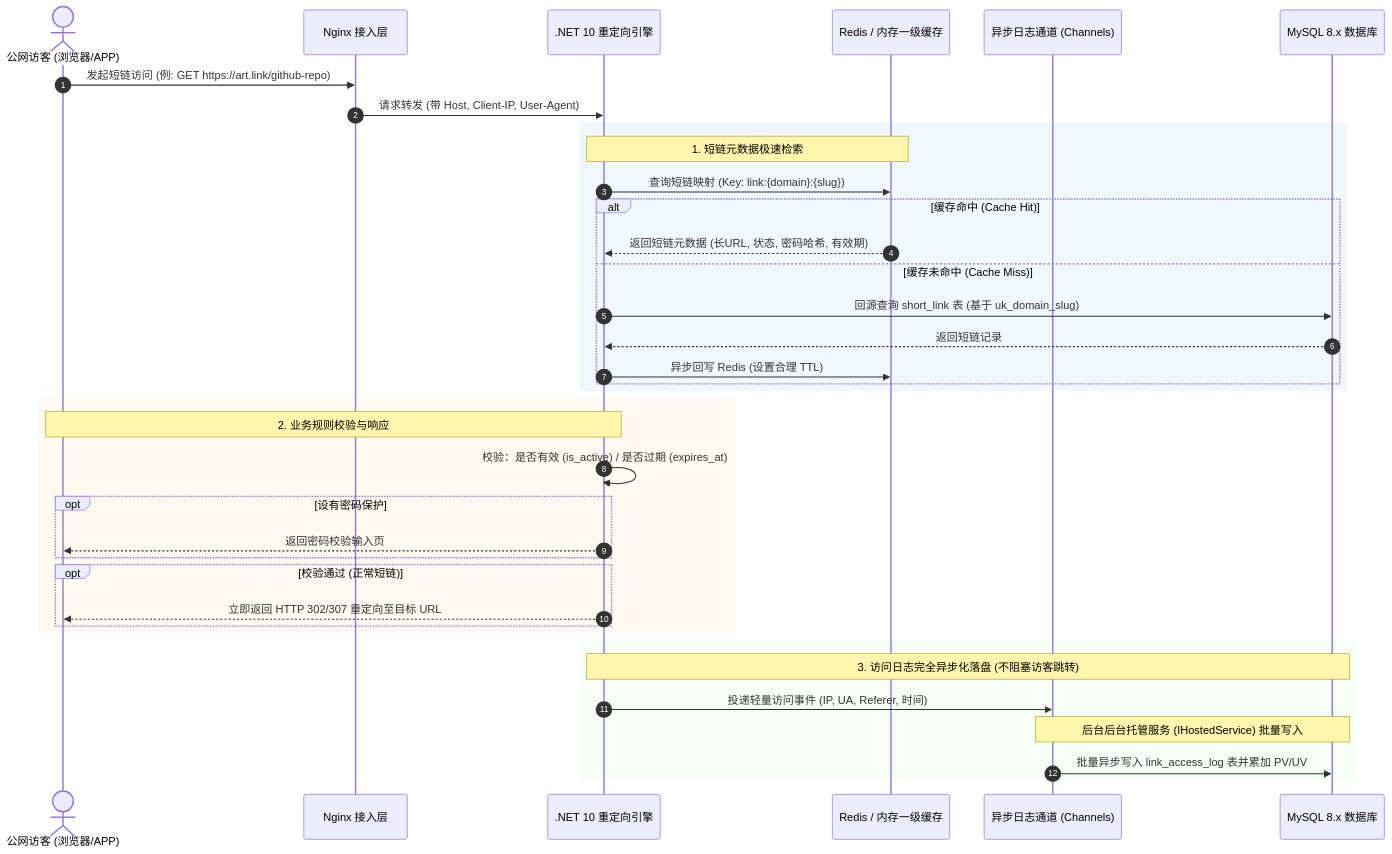
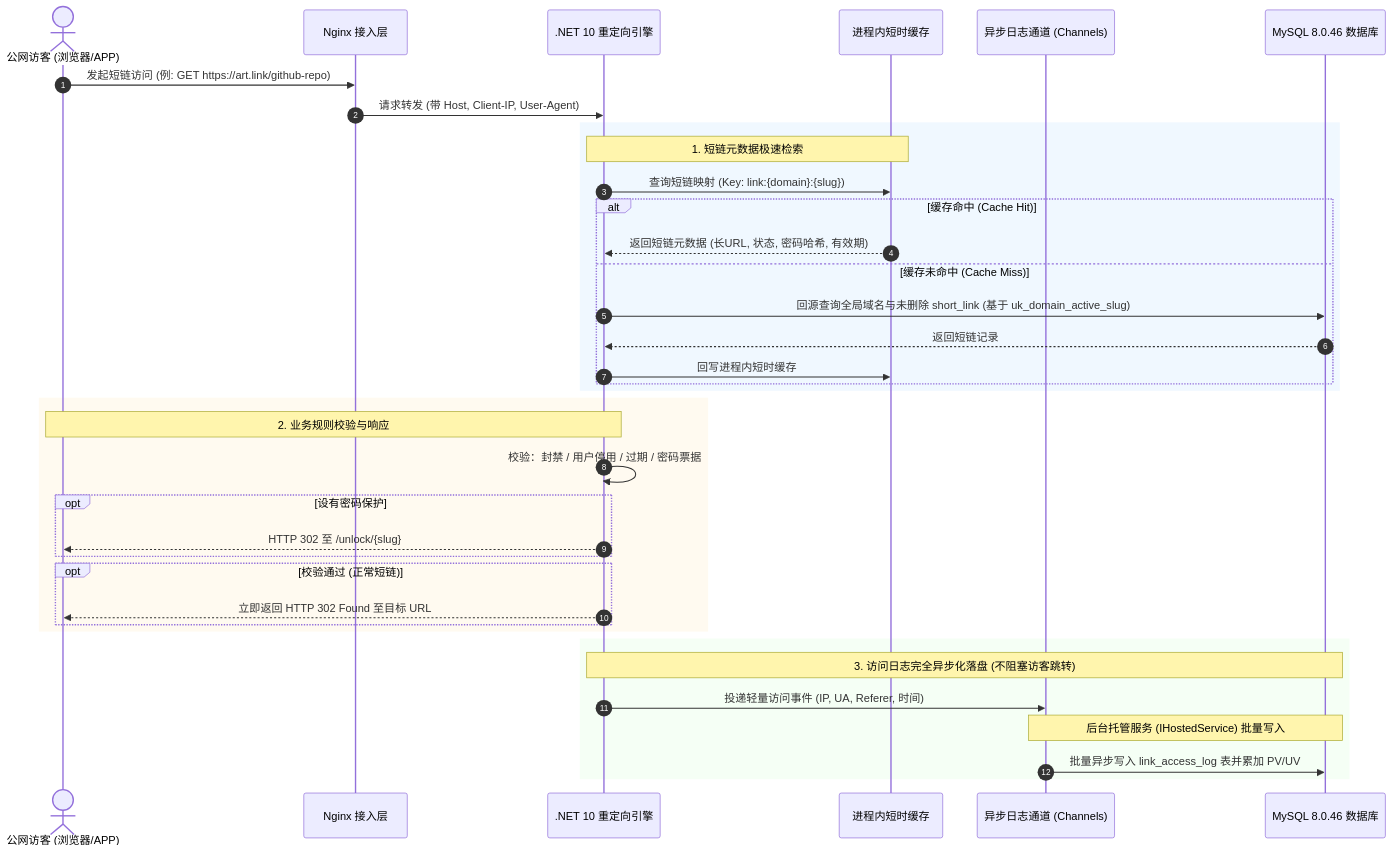
One commit to ArturiaGit/Arturia.ShortLink changed the second of 2 diagrams in docs/技术架构说明书.md. Above: the diagram before and after it, drawn with Mermaid. The commit also changed other lines of this file and 12 other files, not shown here.

````diff
--- a/docs/技术架构说明书.md
+++ b/docs/技术架构说明书.md
@@ -70,43 +71,43 @@
 ```mermaid
 sequenceDiagram
     autonumber
     actor Visitor as 公网访客 (浏览器/APP)
     participant Nginx as Nginx 接入层
     participant Engine as .NET 10 重定向引擎
-    participant Cache as Redis / 内存一级缓存
+    participant Cache as 进程内短时缓存
     participant Channel as 异步日志通道 (Channels)
-    participant DB as MySQL 8.x 数据库
+    participant DB as MySQL 8.0.46 数据库
 
     Visitor->>Nginx: 发起短链访问 (例: GET https://art.link/github-repo)
     Nginx->>Engine: 请求转发 (带 Host, Client-IP, User-Agent)
     
     rect rgb(240, 248, 255)
     Note over Engine,Cache: 1. 短链元数据极速检索
     Engine->>Cache: 查询短链映射 (Key: link:{domain}:{slug})
     alt 缓存命中 (Cache Hit)
         Cache-->>Engine: 返回短链元数据 (长URL, 状态, 密码哈希, 有效期)
     else 缓存未命中 (Cache Miss)
-        Engine->>DB: 回源查询 short_link 表 (基于 uk_domain_slug)
+        Engine->>DB: 回源查询全局域名与未删除 short_link (基于 uk_domain_active_slug)
         DB-->>Engine: 返回短链记录
-        Engine->>Cache: 异步回写 Redis (设置合理 TTL)
+        Engine->>Cache: 回写进程内短时缓存
     end
     end
 
     rect rgb(255, 250, 240)
     Note over Engine,Visitor: 2. 业务规则校验与响应
-    Engine->>Engine: 校验：是否有效 (is_active) / 是否过期 (expires_at)
+    Engine->>Engine: 校验：封禁 / 用户停用 / 过期 / 密码票据
     opt 设有密码保护
-        Engine-->>Visitor: 返回密码校验输入页
+        Engine-->>Visitor: HTTP 302 至 /unlock/{slug}
     end
     opt 校验通过 (正常短链)
-        Engine-->>Visitor: 立即返回 HTTP 302/307 重定向至目标 URL
+        Engine-->>Visitor: 立即返回 HTTP 302 Found 至目标 URL
     end
     end
 
     rect rgb(245, 255, 245)
     Note over Engine,DB: 3. 访问日志完全异步化落盘 (不阻塞访客跳转)
     Engine->>Channel: 投递轻量访问事件 (IP, UA, Referer, 时间)
-    Note over Channel,DB: 后台后台托管服务 (IHostedService) 批量写入
+    Note over Channel,DB: 后台托管服务 (IHostedService) 批量写入
     Channel->>DB: 批量异步写入 link_access_log 表并累加 PV/UV
     end
 ```
````
